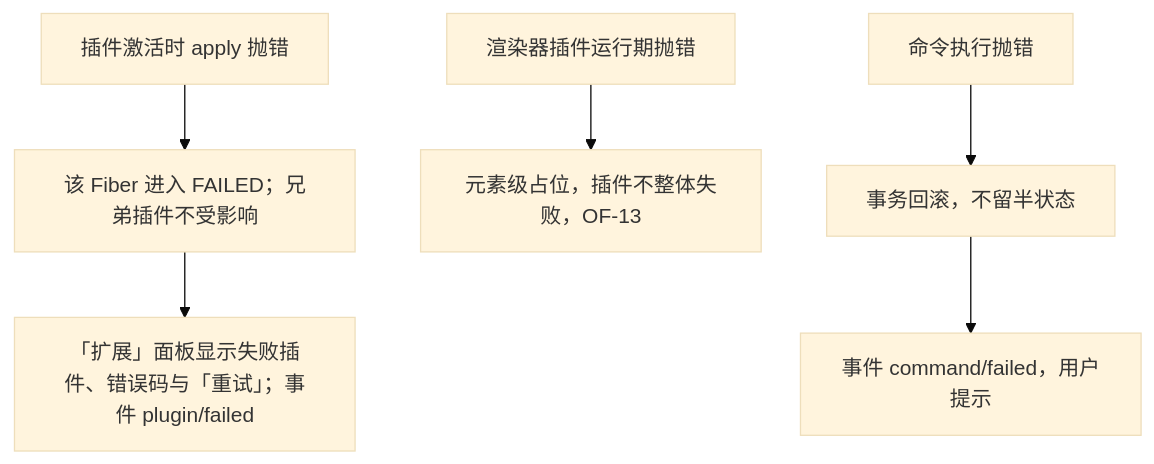
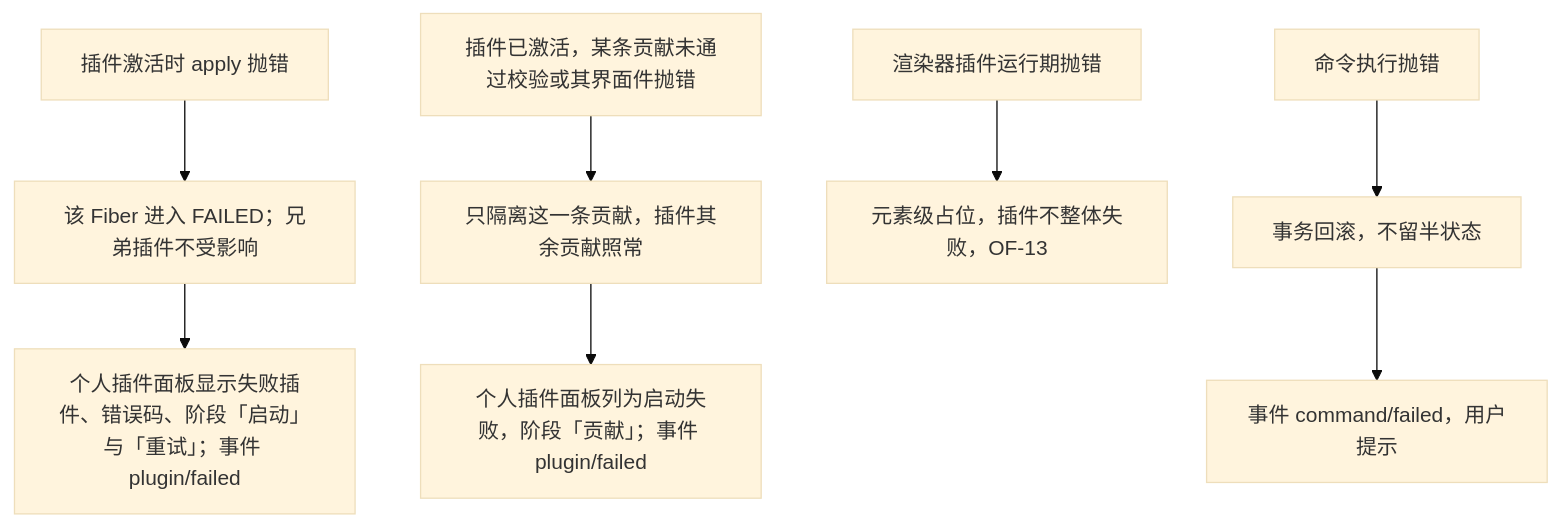
The fourth of 4 diagrams in docs/10-prd/03-features/04-plugin-sdk.md (Xeonice/cordis-ppt-editor), drawn with Mermaid (base theme) before and after one commit. The commit also changed other lines of this file and 19 other files, not shown here.

````diff
--- a/docs/10-prd/03-features/04-plugin-sdk.md
+++ b/docs/10-prd/03-features/04-plugin-sdk.md
@@ -253,14 +258,18 @@
 ```mermaid
 flowchart TB
   a["插件激活时 apply 抛错"]
+  e["插件已激活，某条贡献未通过校验或其界面件抛错"]
   b["渲染器插件运行期抛错"]
   c["命令执行抛错"]
   a1["该 Fiber 进入 FAILED；兄弟插件不受影响"]
-  a2["「扩展」面板显示失败插件、错误码与「重试」；事件 plugin/failed"]
+  a2["个人插件面板显示失败插件、错误码、阶段「启动」与「重试」；事件 plugin/failed"]
+  e1["只隔离这一条贡献，插件其余贡献照常"]
+  e2["个人插件面板列为启动失败，阶段「贡献」；事件 plugin/failed"]
   b1["元素级占位，插件不整体失败，OF-13"]
   c1["事务回滚，不留半状态"]
   c2["事件 command/failed，用户提示"]
   a --> a1 --> a2
+  e --> e1 --> e2
   b --> b1
   c --> c1 --> c2
 ```
````
